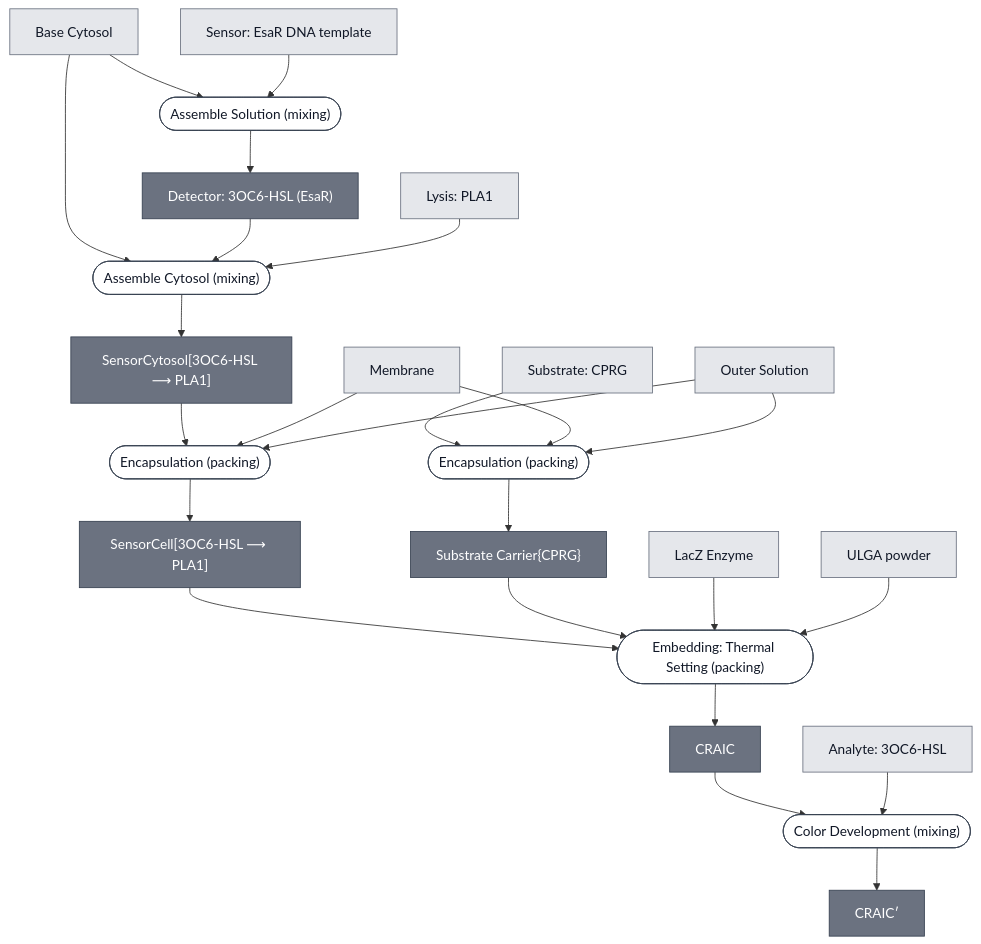
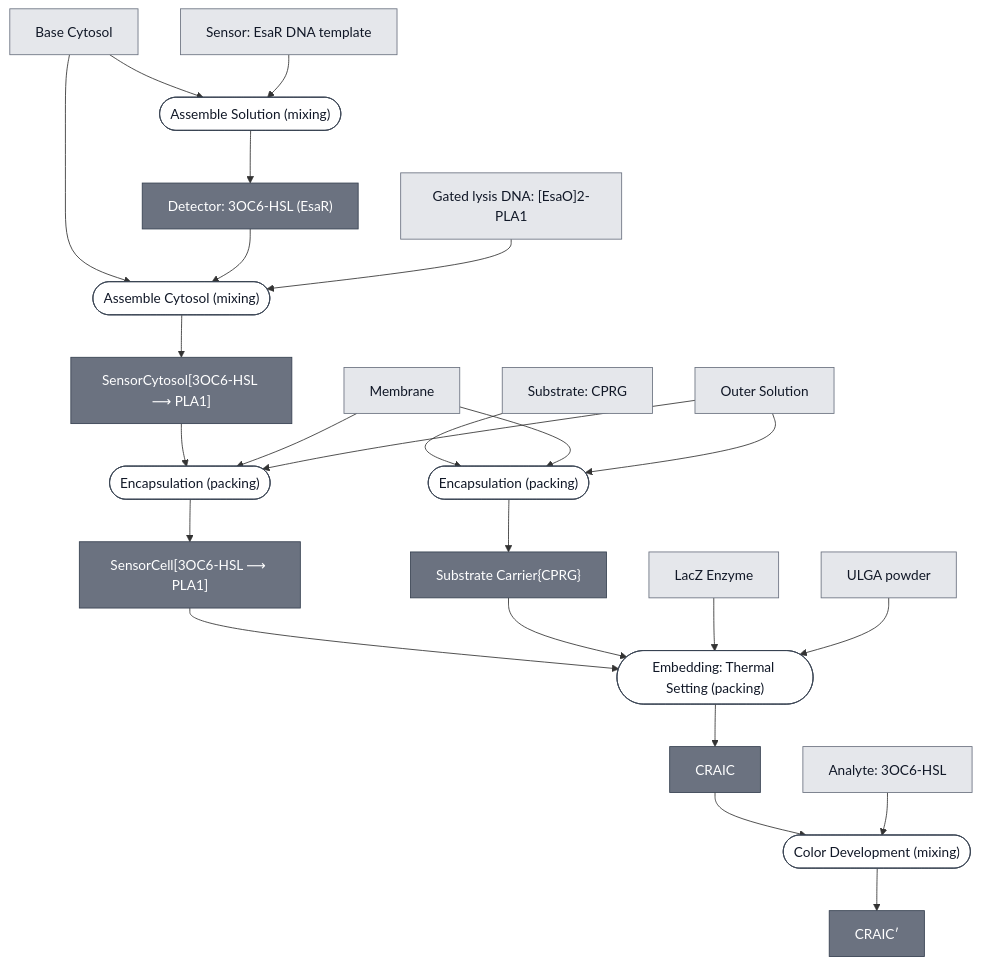
One commit to nucleus-eng/nucleus-docs changed the diagram in docs/modules/craic-cascade/spec.md. Above: the diagram before and after it, drawn with Mermaid. The commit also changed 22 other files, not shown here.

````diff
--- a/docs/modules/craic-cascade/spec.md
+++ b/docs/modules/craic-cascade/spec.md
@@ -35,78 +35,77 @@
 ```mermaid
 flowchart TD
     BASE_CYTOSOL["Base Cytosol"]
     ESAR_DNA["Sensor: EsaR DNA template"]
-    EFFECTOR_PLA1["Lysis: PLA1"]
+    EFFECTOR_PLA1_ESAO["Gated lysis DNA: [EsaO]2-PLA1"]
     MEMBRANE_CRAIC["Membrane"]
     OUTER_SOLUTION["Outer Solution"]
     SUBSTRATE_CPRG["Substrate: CPRG"]
     REPORTER_LACZ_ENZYME["LacZ Enzyme"]
     ULGA_POWDER["ULGA powder"]
     ANALYTE_3OC6_HSL["Analyte: 3OC6-HSL"]
 
     P1_EXPRESS_REPRESSOR_0(["Assemble Solution (mixing)"])
     DETECTOR_ESAR["Detector: 3OC6-HSL (EsaR)"]
     P2_ASSEMBLE_CYTOSOL_0(["Assemble Cytosol (mixing)"])
     CRAIC_SENSOR_CYTOSOL["SensorCytosol[3OC6-HSL ⟶ PLA1]"]
     P3_ENCAPSULATE_SENSING_0(["Encapsulation (packing)"])
     CRAIC_SENSING_CELL["SensorCell[3OC6-HSL ⟶ PLA1]"]
     P4_ENCAPSULATE_SUBSTRATE_0(["Encapsulation (packing)"])
     CRAIC_SUBSTRATE_CARRIER["Substrate Carrier{CPRG}"]
     P5_EMBED_ULGA_0(["Embedding: Thermal Setting (packing)"])
     CRAIC_CASCADE["CRAIC"]
     P6_DEVELOP_0(["Color Development (mixing)"])
     CRAIC_CASCADE_DEVELOPED["CRAIC′"]
 
     BASE_CYTOSOL --> P1_EXPRESS_REPRESSOR_0
     ESAR_DNA --> P1_EXPRESS_REPRESSOR_0
     P1_EXPRESS_REPRESSOR_0 --> DETECTOR_ESAR
 
     BASE_CYTOSOL --> P2_ASSEMBLE_CYTOSOL_0
     DETECTOR_ESAR --> P2_ASSEMBLE_CYTOSOL_0
-    EFFECTOR_PLA1 --> P2_ASSEMBLE_CYTOSOL_0
+    EFFECTOR_PLA1_ESAO --> P2_ASSEMBLE_CYTOSOL_0
     P2_ASSEMBLE_CYTOSOL_0 --> CRAIC_SENSOR_CYTOSOL
 
     CRAIC_SENSOR_CYTOSOL --> P3_ENCAPSULATE_SENSING_0
     MEMBRANE_CRAIC --> P3_ENCAPSULATE_SENSING_0
     OUTER_SOLUTION --> P3_ENCAPSULATE_SENSING_0
     P3_ENCAPSULATE_SENSING_0 --> CRAIC_SENSING_CELL
 
     SUBSTRATE_CPRG --> P4_ENCAPSULATE_SUBSTRATE_0
     MEMBRANE_CRAIC --> P4_ENCAPSULATE_SUBSTRATE_0
     OUTER_SOLUTION --> P4_ENCAPSULATE_SUBSTRATE_0
     P4_ENCAPSULATE_SUBSTRATE_0 --> CRAIC_SUBSTRATE_CARRIER
 
     CRAIC_SENSING_CELL --> P5_EMBED_ULGA_0
     CRAIC_SUBSTRATE_CARRIER --> P5_EMBED_ULGA_0
     REPORTER_LACZ_ENZYME --> P5_EMBED_ULGA_0
     ULGA_POWDER --> P5_EMBED_ULGA_0
     P5_EMBED_ULGA_0 --> CRAIC_CASCADE
 
     CRAIC_CASCADE --> P6_DEVELOP_0
     ANALYTE_3OC6_HSL --> P6_DEVELOP_0
     P6_DEVELOP_0 --> CRAIC_CASCADE_DEVELOPED
 
 
     classDef leaf     fill:#e5e7eb,stroke:#6b7280,color:#111827;
     classDef composed fill:#6b7280,stroke:#374151,color:#ffffff;
     classDef process  fill:#ffffff,stroke:#374151,color:#111827;
-    class BASE_CYTOSOL,ESAR_DNA,EFFECTOR_PLA1,MEMBRANE_CRAIC,OUTER_SOLUTION,SUBSTRATE_CPRG,REPORTER_LACZ_ENZYME,ULGA_POWDER,ANALYTE_3OC6_HSL leaf;
+    class BASE_CYTOSOL,ESAR_DNA,EFFECTOR_PLA1_ESAO,MEMBRANE_CRAIC,OUTER_SOLUTION,SUBSTRATE_CPRG,REPORTER_LACZ_ENZYME,ULGA_POWDER,ANALYTE_3OC6_HSL leaf;
     class DETECTOR_ESAR,CRAIC_SENSOR_CYTOSOL,CRAIC_SENSING_CELL,CRAIC_SUBSTRATE_CARRIER,CRAIC_CASCADE,CRAIC_CASCADE_DEVELOPED composed;
     class P1_EXPRESS_REPRESSOR_0,P2_ASSEMBLE_CYTOSOL_0,P3_ENCAPSULATE_SENSING_0,P4_ENCAPSULATE_SUBSTRATE_0,P5_EMBED_ULGA_0,P6_DEVELOP_0 process;
 
     click BASE_CYTOSOL "/docs/modules/base-cytosol/spec"
-    click EFFECTOR_PLA1 "/docs/modules/effector-pla1/spec"
     click OUTER_SOLUTION "/docs/modules/outer-solution/spec"
     click SUBSTRATE_CPRG "/docs/modules/substrate-cprg/spec"
     click REPORTER_LACZ_ENZYME "/docs/modules/reporter-lacz-enzyme/spec"
     click ULGA_POWDER "/docs/modules/gel-ulga/spec"
     click ANALYTE_3OC6_HSL "/docs/modules/analyte-3oc6-hsl/spec"
     click P1_EXPRESS_REPRESSOR_0 "/docs/processes/assemble-cytosol/assemble-cytosol-main"
     click DETECTOR_ESAR "/docs/modules/detector-esar/spec"
     click P2_ASSEMBLE_CYTOSOL_0 "/docs/processes/assemble-cytosol/assemble-cytosol-main"
     click P3_ENCAPSULATE_SENSING_0 "/docs/processes/encapsulate/main"
     click P4_ENCAPSULATE_SUBSTRATE_0 "/docs/processes/encapsulate/main"
     click P5_EMBED_ULGA_0 "/docs/processes/embed-thermal-setting/main"
     click CRAIC_CASCADE "/docs/modules/craic-cascade/spec"
     click P6_DEVELOP_0 "/docs/processes/color-development/main"
 ```
````
